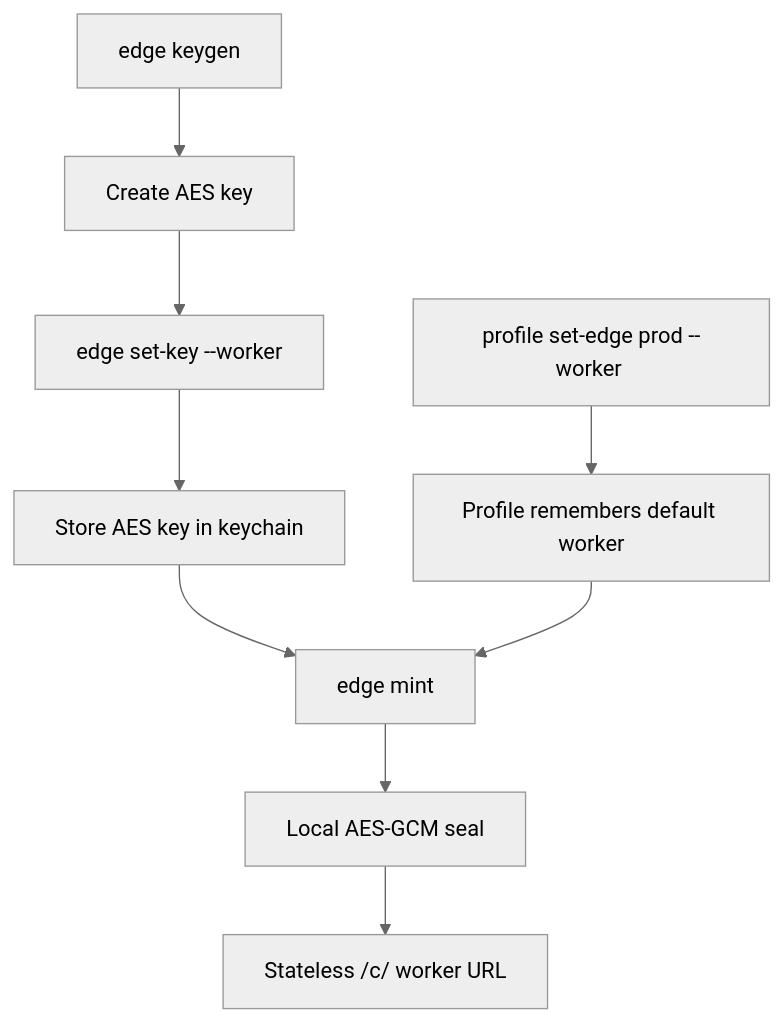
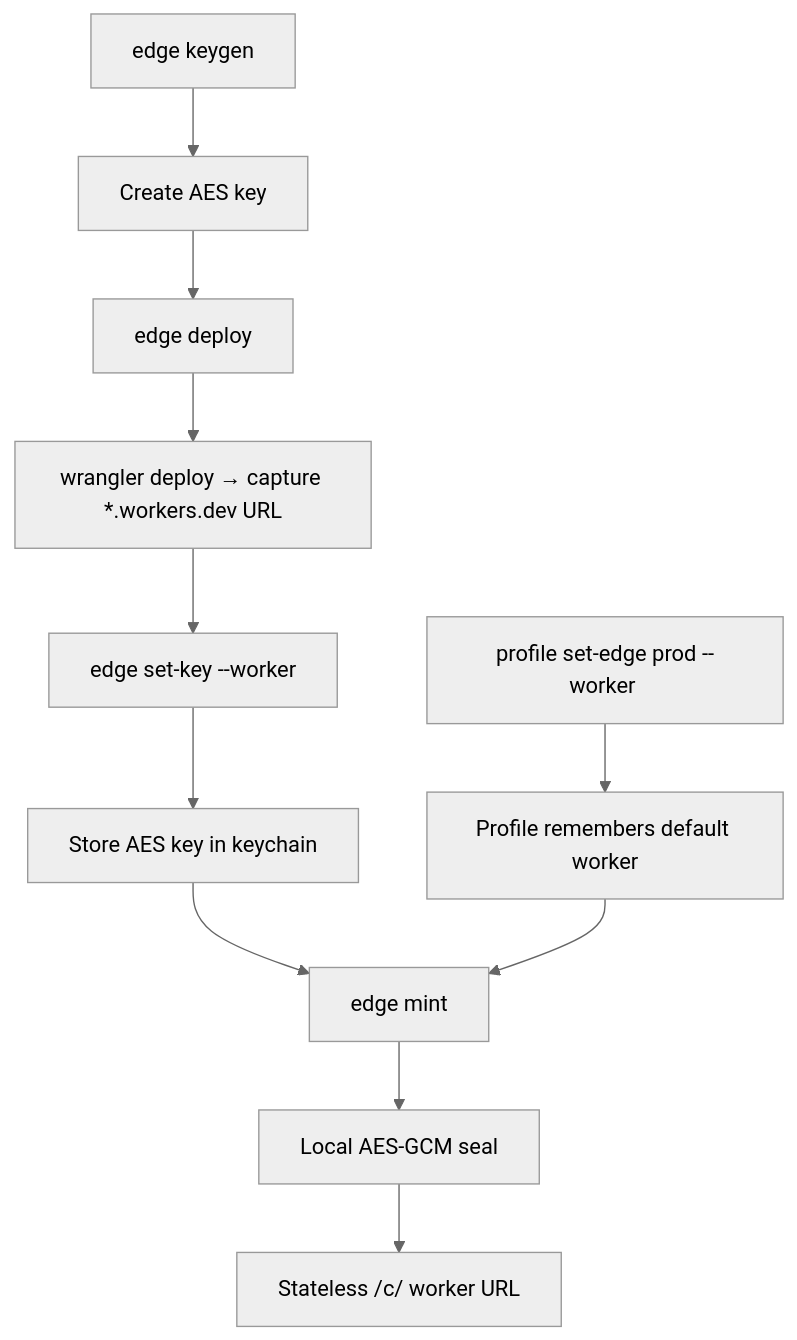
The seventh of 9 diagrams in cli/COMMAND_MAP.md (privacykey/mantis), drawn with Mermaid (neutral theme) before and after one commit. The commit also changed other lines of this file and 4 other files, not shown here.

First line of the commit message:
docs: fix stale CLI/edge docs and add edge-deploy + wrangler-auth guidance

````diff
--- a/cli/COMMAND_MAP.md
+++ b/cli/COMMAND_MAP.md
@@ -228,11 +231,13 @@
 ```mermaid
 flowchart TD
   A["edge keygen"] --> B["Create AES key"]
-  B --> C["edge set-key --worker <url>"]
+  B --> J["edge deploy"]
+  J --> K["wrangler deploy → capture *.workers.dev URL"]
+  K --> C["edge set-key --worker <url>"]
   C --> D["Store AES key in keychain"]
   E["profile set-edge prod --worker <url>"] --> F["Profile remembers default worker"]
   D --> G["edge mint"]
   F --> G
   G --> H["Local AES-GCM seal"]
   H --> I["Stateless /c/<blob> worker URL"]
 ```
````
